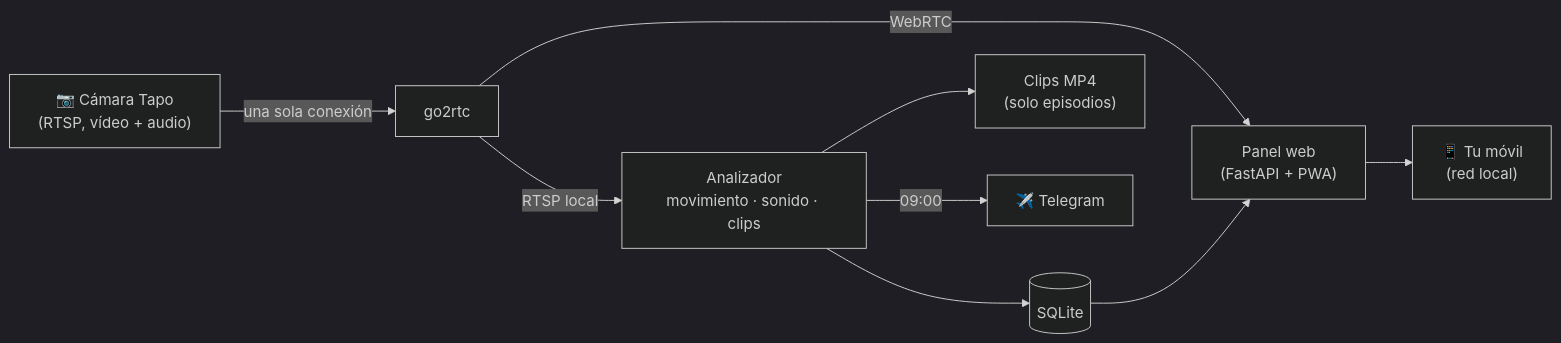
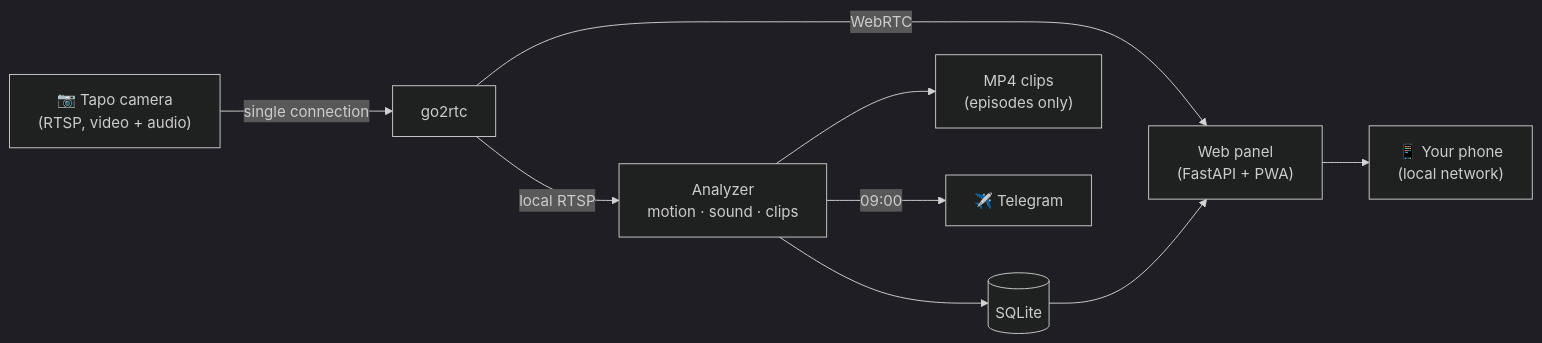
Before and after one commit to goxka/tapoli: the diagram in README.md, drawn with Mermaid (dark theme). The commit also changed other lines of this file and 2 other files, not shown here.

````diff
--- a/README.md
+++ b/README.md
@@ -54,11 +56,11 @@
 ```mermaid
 flowchart LR
-    CAM["📷 Cámara Tapo<br/>(RTSP, vídeo + audio)"] -->|una sola conexión| G2R["go2rtc"]
-    G2R -->|RTSP local| AN["Analizador<br/>movimiento · sonido · clips"]
+    CAM["📷 Tapo camera<br/>(RTSP, video + audio)"] -->|single connection| G2R["go2rtc"]
+    G2R -->|local RTSP| AN["Analyzer<br/>motion · sound · clips"]
     G2R -->|WebRTC| WEB
     AN --> DB[("SQLite")]
-    AN --> CL["Clips MP4<br/>(solo episodios)"]
-    DB --> WEB["Panel web<br/>(FastAPI + PWA)"]
+    AN --> CL["MP4 clips<br/>(episodes only)"]
+    DB --> WEB["Web panel<br/>(FastAPI + PWA)"]
     AN -->|09:00| TG["✈️ Telegram"]
-    WEB --> PHONE["📱 Tu móvil<br/>(red local)"]
+    WEB --> PHONE["📱 Your phone<br/>(local network)"]
 ```
````
